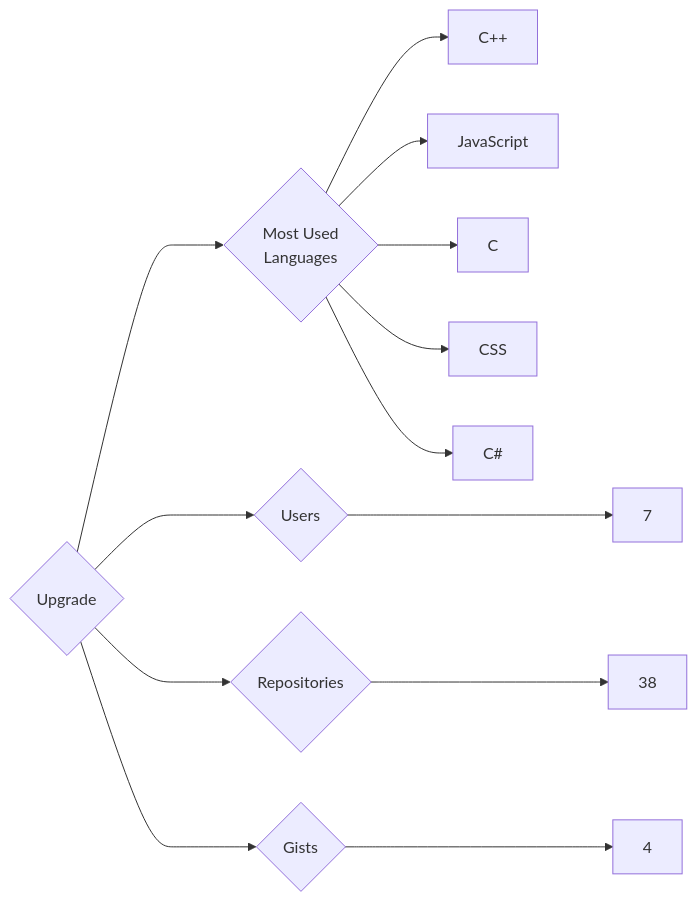
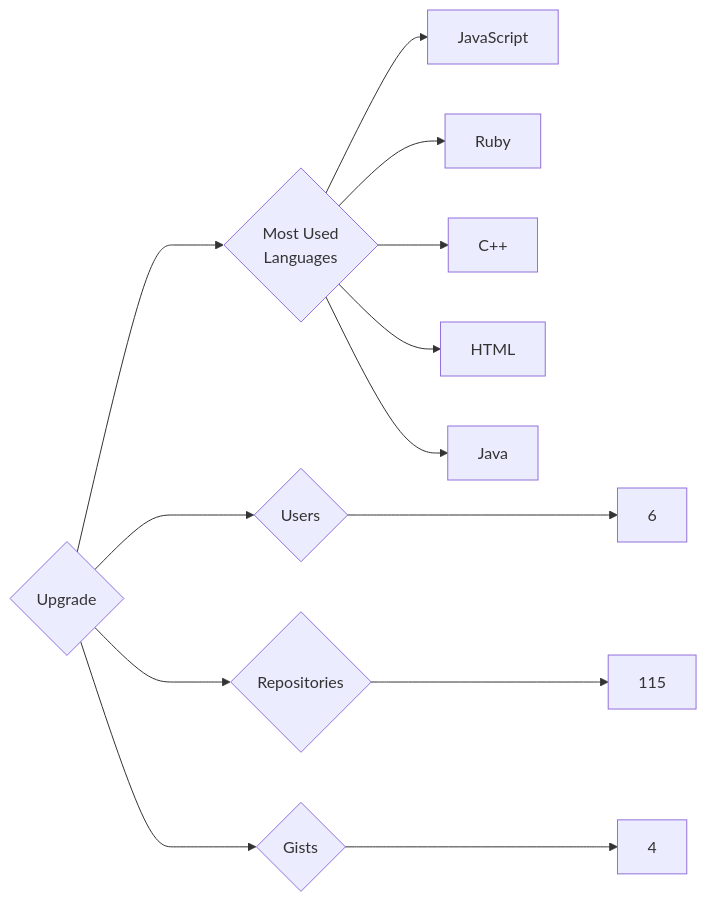
One commit to trickest/insiders changed the diagram in targets/Upgrade/README.md. Above: the diagram before and after it, drawn with Mermaid. The commit also changed 1389 other files, not shown here.

````diff
--- a/targets/Upgrade/README.md
+++ b/targets/Upgrade/README.md
@@ -3,13 +3,13 @@
 ```mermaid
 graph LR
 COMPANY_NAME{Upgrade}
-COMPANY_NAME ---> U{Users} ---> UN[7]
-COMPANY_NAME ---> R{Repositories} ---> RN[38]
+COMPANY_NAME ---> U{Users} ---> UN[6]
+COMPANY_NAME ---> R{Repositories} ---> RN[115]
 COMPANY_NAME ---> G{Gists} ---> GN[4]
 COMPANY_NAME ---> ML{Most Used<br>Languages}
+ML --> JavaScript[JavaScript]
+ML --> Ruby[Ruby]
 ML --> C++[C++]
-ML --> JavaScript[JavaScript]
-ML --> C[C]
-ML --> CSS[CSS]
-ML --> C#[C#]
+ML --> HTML[HTML]
+ML --> Java[Java]
 ```
````
